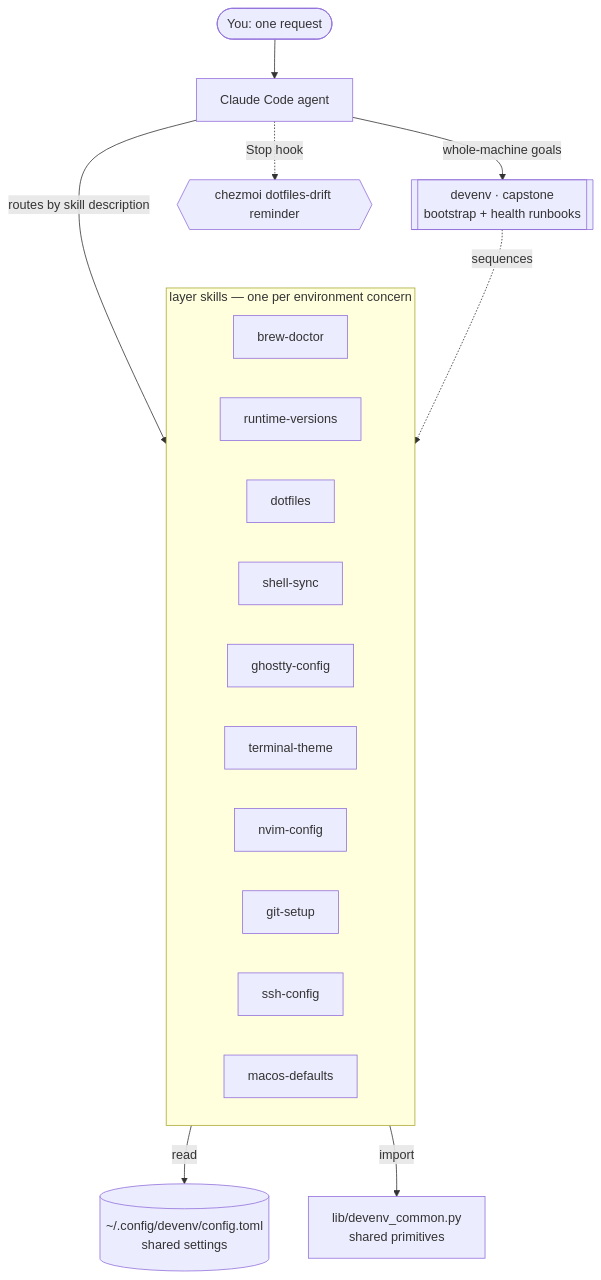
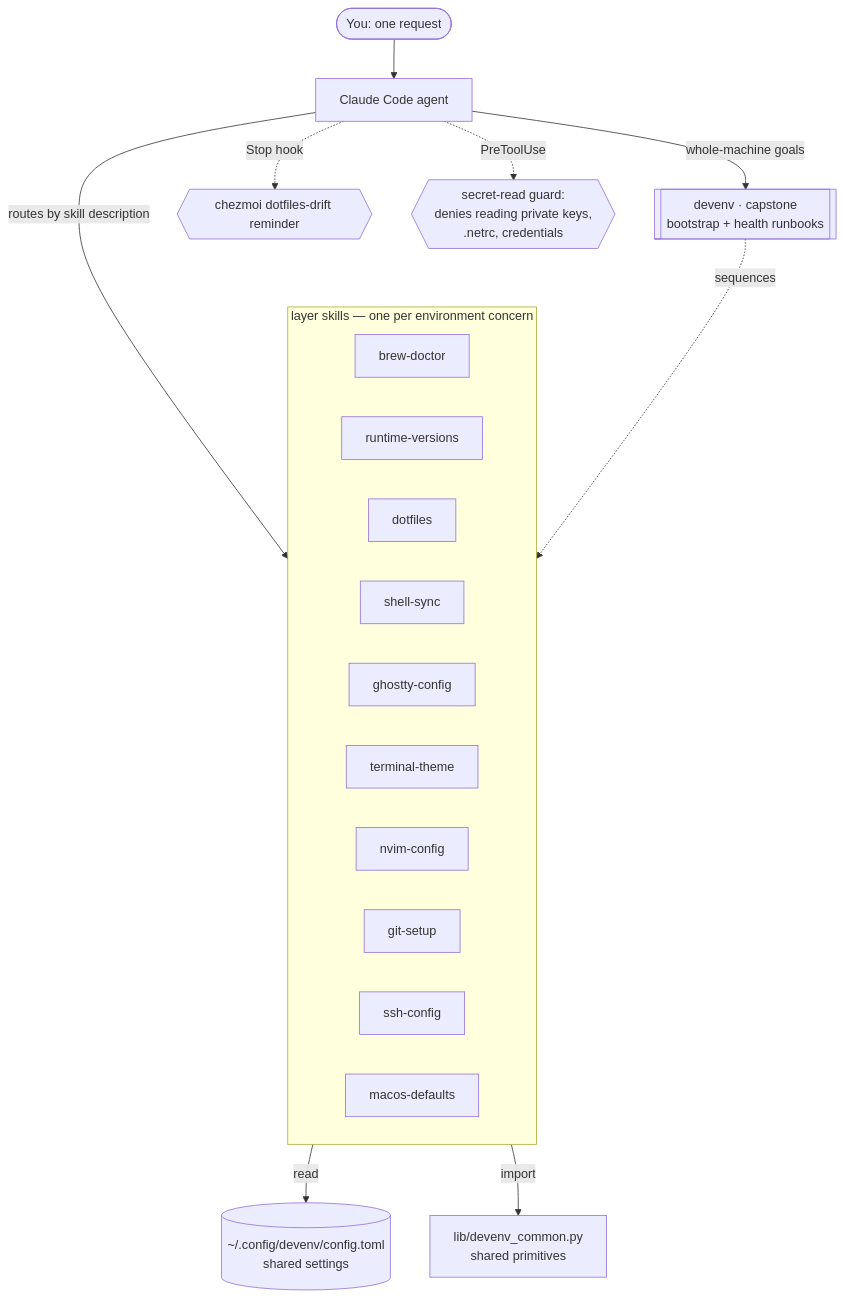
The first of 2 diagrams in README.md (johnplantada/claude-skills), drawn with Mermaid before and after one commit. The commit also changed other lines of this file and 2 other files, not shown here.

````diff
--- a/README.md
+++ b/README.md
@@ -18,24 +18,25 @@
 ```mermaid
 graph TD
     you([You: one request]) --> cc[Claude Code agent]
     cc -->|routes by skill description| L
     cc -->|whole-machine goals| cap
     cap[["devenv · capstone<br/>bootstrap + health runbooks"]] -. sequences .-> L
 
     subgraph L["layer skills — one per environment concern"]
         brew[brew-doctor]
         rt[runtime-versions]
         dot[dotfiles]
         shell[shell-sync]
         gh[ghostty-config]
         th[terminal-theme]
         nv[nvim-config]
         git[git-setup]
         ssh[ssh-config]
         mac[macos-defaults]
     end
 
     L -->|read| cfg[("~/.config/devenv/config.toml<br/>shared settings")]
     L -->|import| lib["lib/devenv_common.py<br/>shared primitives"]
     cc -. Stop hook .-> hook{{"chezmoi dotfiles-drift reminder"}}
+    cc -. PreToolUse .-> guard{{"secret-read guard:<br/>denies reading private keys,<br/>.netrc, credentials"}}
 ```
````
